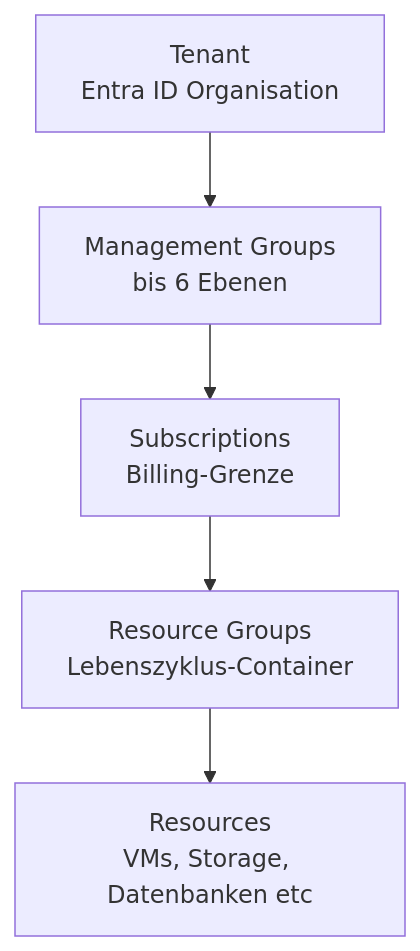
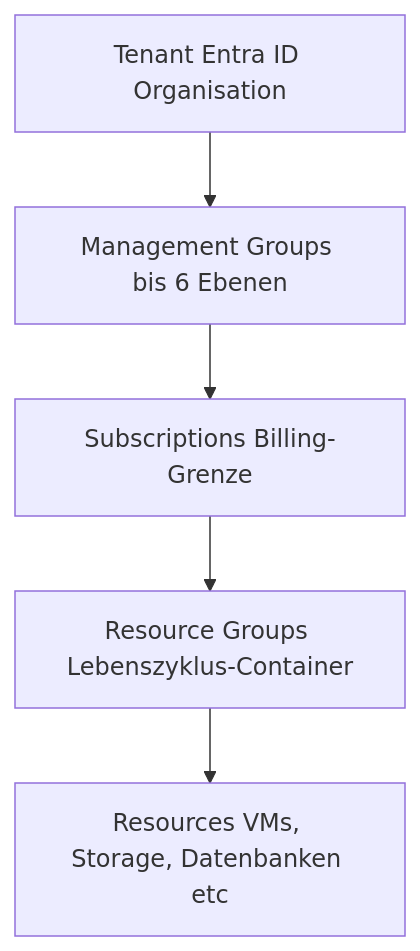
Before and after one commit to SoniiiT/notes-n-docs: the third of 3 diagrams in Microsoft 365/Azure/Grundlagen/Azure Überblick.md, drawn with Mermaid. The commit also changed other lines of this file and 124 other files, not shown here.

First line of the commit message:
fix: Entferne \n aus allen Mermaid-Diagrammen (125 Dateien)

````diff
--- a/Microsoft 365/Azure/Grundlagen/Azure Überblick.md
+++ b/Microsoft 365/Azure/Grundlagen/Azure Überblick.md
@@ -210,7 +210,7 @@
 ```mermaid
 graph TD
-    T[Tenant\nEntra ID Organisation] --> MG[Management Groups\nbis 6 Ebenen]
-    MG --> SUB[Subscriptions\nBilling-Grenze]
-    SUB --> RG[Resource Groups\nLebenszyklus-Container]
-    RG --> RES[Resources\nVMs, Storage, Datenbanken etc]
+    T[Tenant Entra ID Organisation] --> MG[Management Groups bis 6 Ebenen]
+    MG --> SUB[Subscriptions Billing-Grenze]
+    SUB --> RG[Resource Groups Lebenszyklus-Container]
+    RG --> RES[Resources VMs, Storage, Datenbanken etc]
 ```
````
